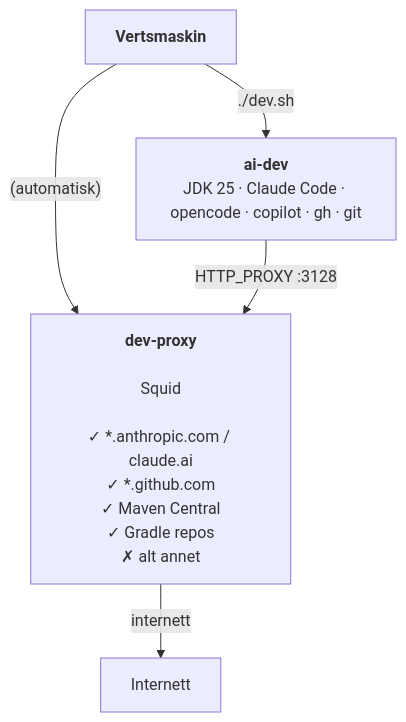
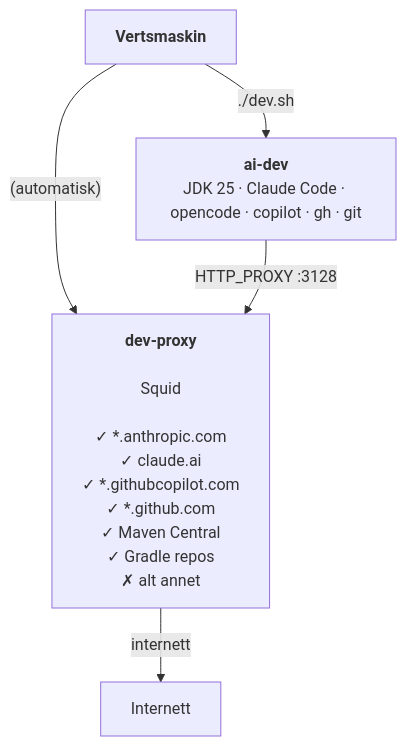
The diagram in dev-sandbox/README.md (bekk/agentic-ai-tools), drawn with Mermaid before and after one commit.

Commit message:
Update proxy configuration in README.md

````diff
--- a/dev-sandbox/README.md
+++ b/dev-sandbox/README.md
@@ -34,10 +34,10 @@
 ```mermaid
 graph TD
     host["<b>Vertsmaskin</b>"]
 
     host -->|"./dev.sh"| aidev["<b>ai-dev</b><br/>JDK 25 · Claude Code · opencode · copilot · gh · git"]
-    host -->|"(automatisk)"| proxy["<b>dev-proxy</b><br/><br/>Squid<br/><br/>✓ *.anthropic.com / claude.ai<br/>✓ *.github.com<br/>✓ Maven Central<br/>✓ Gradle repos<br/>✗ alt annet"]
+    host -->|"(automatisk)"| proxy["<b>dev-proxy</b><br/><br/>Squid<br/><br/>✓ *.anthropic.com<br/>✓ claude.ai<br/>✓ *.githubcopilot.com<br/>✓ *.github.com<br/>✓ Maven Central<br/>✓ Gradle repos<br/>✗ alt annet"]
 
     aidev -->|"HTTP_PROXY :3128"| proxy
     proxy -->|"internett"| internet["Internett"]
 ```
````
